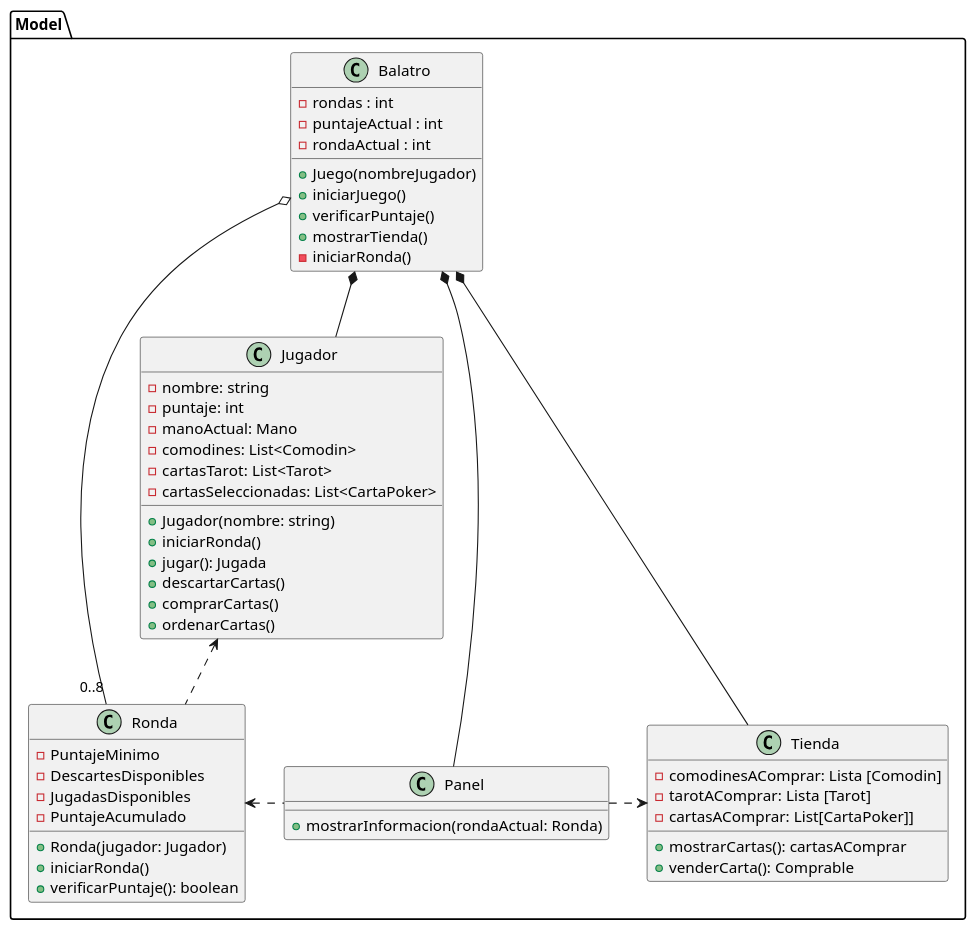
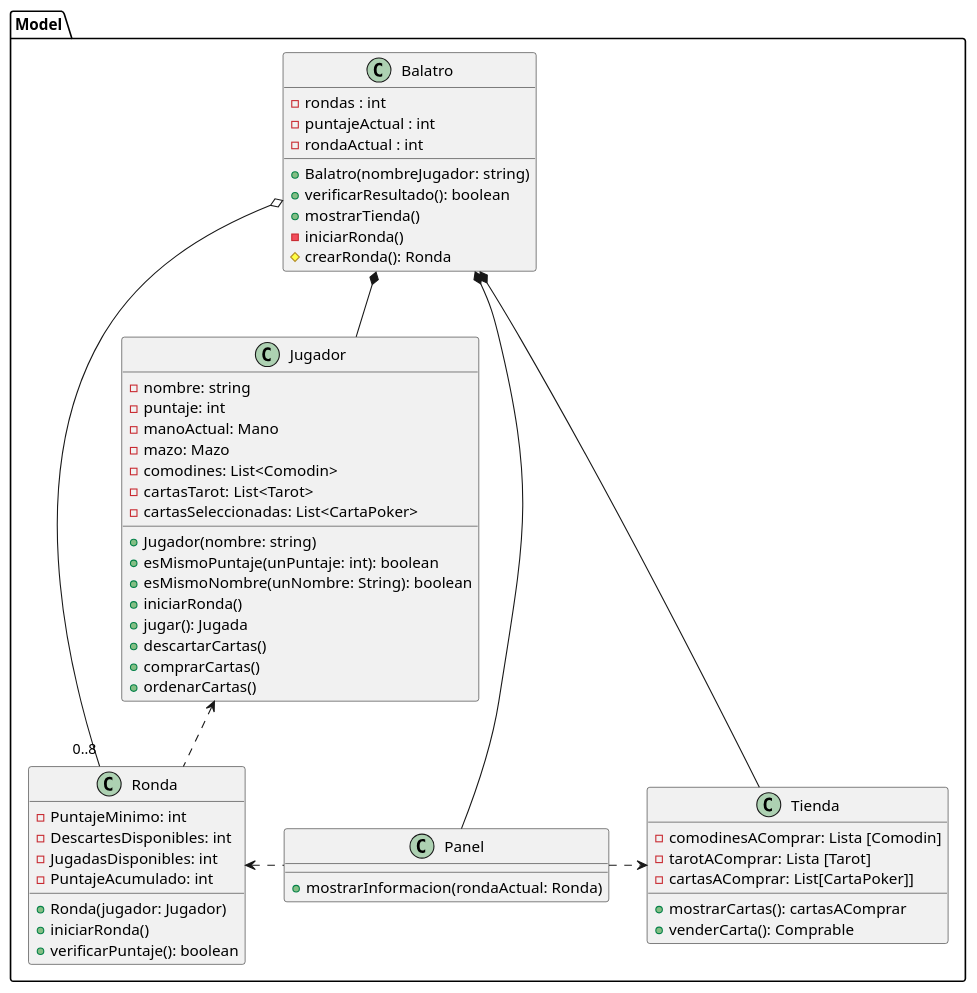
Before and after one commit to carruizdiaz1109/UBAlatro: the diagram in diagrams/classes/clasesBalatro1.puml, drawn with PlantUML. The commit also changed 3 other files, not shown here.

Commit message:
actualizacion diagrama de clases

```diff
--- a/diagrams/classes/clasesBalatro1.puml
+++ b/diagrams/classes/clasesBalatro1.puml
@@ -1,61 +1,64 @@
 @startuml
 
 package Model {
 
 class Balatro {
     - rondas : int
     - puntajeActual : int
     - rondaActual : int
-    + Juego(nombreJugador)
-    + iniciarJuego()
-    + verificarPuntaje()
+    + Balatro(nombreJugador: string)
+    +verificarResultado(): boolean
     + mostrarTienda()
     - iniciarRonda()
+    # crearRonda(): Ronda
 }
 
 class Jugador {
     - nombre: string
     - puntaje: int
     - manoActual: Mano
+    - mazo: Mazo
     - comodines: List<Comodin>
     - cartasTarot: List<Tarot>
     - cartasSeleccionadas: List<CartaPoker>
     + Jugador(nombre: string)
+    + esMismoPuntaje(unPuntaje: int): boolean
+    + esMismoNombre(unNombre: String): boolean
     + iniciarRonda()
     + jugar(): Jugada
     + descartarCartas()
     + comprarCartas()
     + ordenarCartas()
 }
 
 class Tienda {
     - comodinesAComprar: Lista [Comodin]
     - tarotAComprar: Lista [Tarot]
     - cartasAComprar: List[CartaPoker]]
     + mostrarCartas(): cartasAComprar
     + venderCarta(): Comprable
 }
 
 class Ronda {
-    - PuntajeMinimo
-    - DescartesDisponibles
-    - JugadasDisponibles
-    - PuntajeAcumulado
+    - PuntajeMinimo: int
+    - DescartesDisponibles: int
+    - JugadasDisponibles: int
+    - PuntajeAcumulado: int
     + Ronda(jugador: Jugador)
     + iniciarRonda()
     + verificarPuntaje(): boolean
 }
 
 class Panel {
     + mostrarInformacion(rondaActual: Ronda)
 }
 
 Balatro *-- Jugador
 Balatro *-- Tienda
 Balatro o-- "0..8" Ronda
 Balatro *-- Panel
 Ronda .up.> Jugador
 Panel .left.> Ronda
 Panel .right.> Tienda
 }
 @enduml
```
